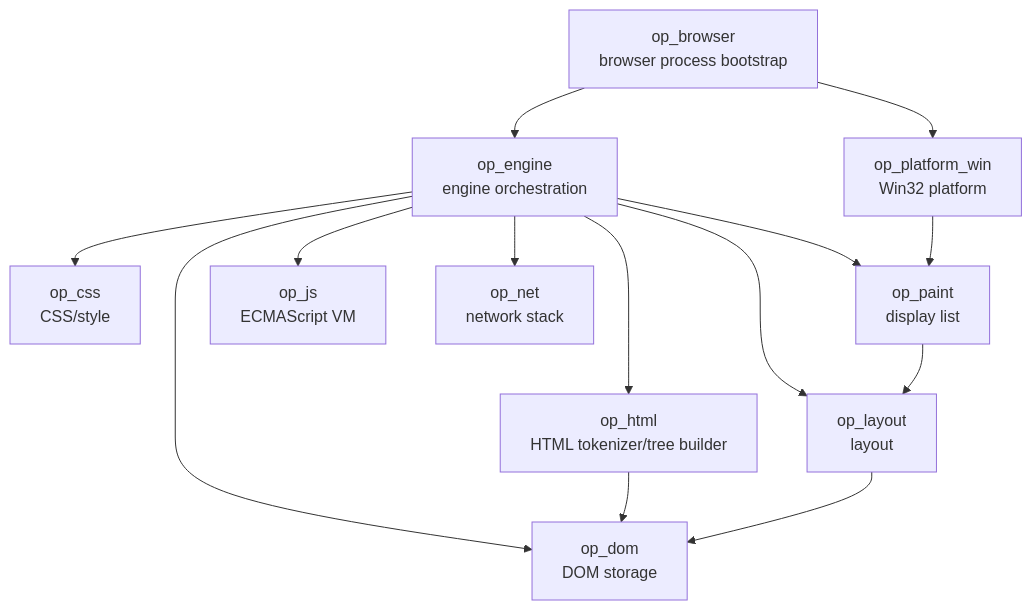
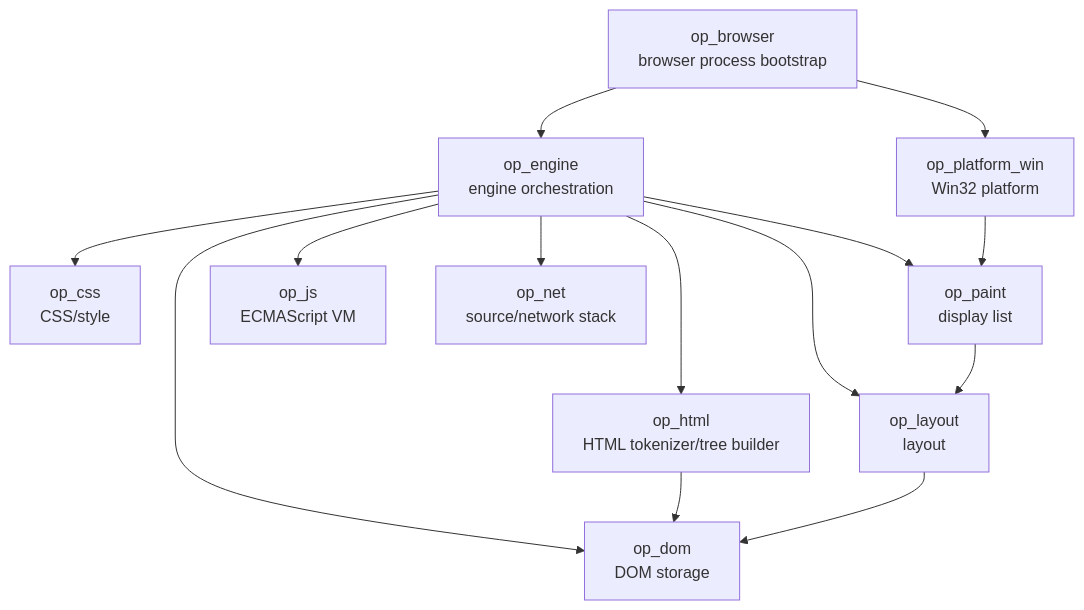
Before and after one commit to Gerbesh/OPBrowser: the first of 2 diagrams in docs/CODE_GRAPH.md, drawn with Mermaid. The commit also changed other lines of this file and 11 other files, not shown here.

````diff
--- a/docs/CODE_GRAPH.md
+++ b/docs/CODE_GRAPH.md
@@ -10,27 +10,27 @@
 ```mermaid
 graph TD
     B[op_browser<br/>browser process bootstrap]
     E[op_engine<br/>engine orchestration]
     W[op_platform_win<br/>Win32 platform]
     D[op_dom<br/>DOM storage]
     H[op_html<br/>HTML tokenizer/tree builder]
     C[op_css<br/>CSS/style]
     L[op_layout<br/>layout]
     P[op_paint<br/>display list]
     J[op_js<br/>ECMAScript VM]
-    N[op_net<br/>network stack]
+    N[op_net<br/>source/network stack]
 
     B --> E
     B --> W
     E --> D
     E --> H
     E --> C
     E --> L
     E --> P
     E --> J
     E --> N
     H --> D
     L --> D
     P --> L
     W --> P
 ```
````
